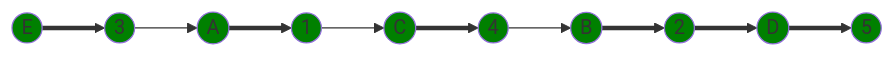
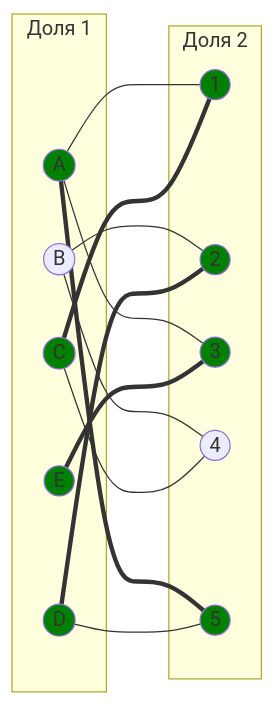
One commit to algos-ris-24-3/manual-tasks changed the eighth of 11 diagrams in Задание 8/Nyashki.md. Above: the diagram before and after it, drawn with Mermaid. The commit also changed other lines of this file, not shown here.

````diff
--- a/Задание 8/Nyashki.md
+++ b/Задание 8/Nyashki.md
@@ -322,27 +268,42 @@
 ```mermaid
 graph LR
-    A((A))
-    B((B))
-    C((C))
-    D((D))
-    E((E))
-    1((1))
-    2((2))
-    3((3))
-    4((4))
-    5((5))
+    subgraph "Доля 1"
+        A((A))
+        B((B))
+        C((C))
+        D((D))
+        E((E))
+    end
+    subgraph "Доля 2"
+        1((1))
+        2((2))
+        3((3))
+        4((4))
+        5((5))
+    end
+
+    A --- 1
+    A --- 3
+    A === 5
+
+    B --- 2
+    B --- 4
+
+    C === 1
+    C --- 4
     
-    E ==> 3 --> A ==> 1 --> C ==> 4 --> B ==> 2 ==> D ==> 5
+    D === 2
+    D --- 5
+    
+    E === 3
 
     style E fill:#008000
+    style A fill:#008000
+    style C fill:#008000
+    style D fill:#008000
+    style 1 fill:#008000
+    style 2 fill:#008000
     style 3 fill:#008000
-    style A fill:#008000
-    style 1 fill:#008000
-    style C fill:#008000
-    style 4 fill:#008000
-    style B fill:#008000
-    style 2 fill:#008000
-    style D fill:#008000
     style 5 fill:#008000
-
+    
 ```
````
